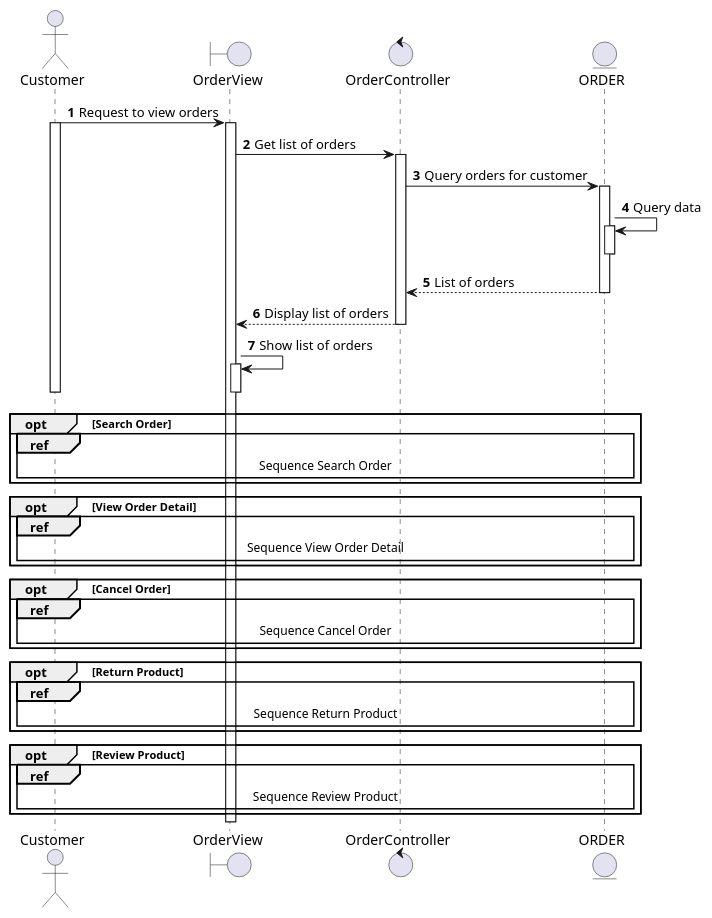
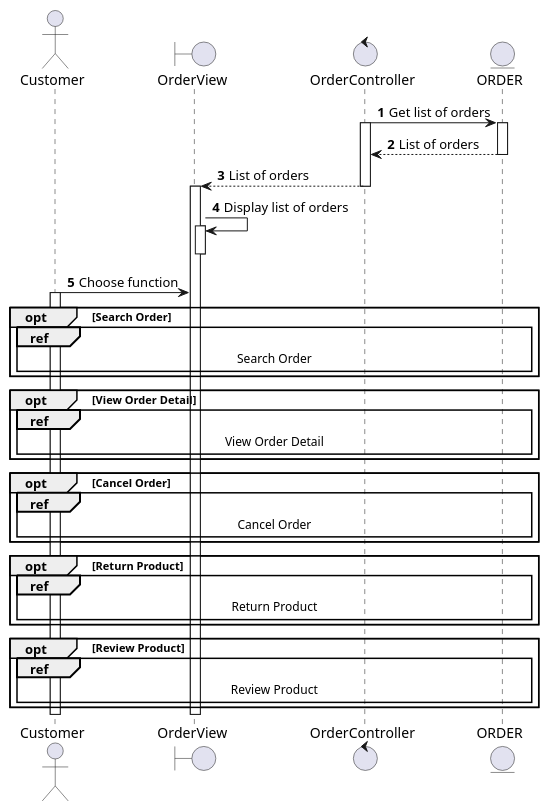
Before and after one commit to electricilies/electricilies.github.io: the diagram in docs/docs/sequence/view-order/view-order.md, drawn with PlantUML. The commit also changed 20 other files, not shown here.

````diff
--- a/docs/docs/sequence/view-order/view-order.md
+++ b/docs/docs/sequence/view-order/view-order.md
@@ -3,50 +3,48 @@
 ```plantuml
 @startuml
 autonumber
 
 actor Customer as C
 boundary OrderView as OV
 control OrderController as OC
 entity ORDER as O
 
-C -> OV: Request to view orders
-activate C
-activate OV
-OV -> OC: Get list of orders
+OC -> O: Get list of orders
 activate OC
-OC -> O: Query orders for customer
 activate O
-O -> O: Query data
-activate O
-deactivate O
 OC <-- O: List of orders
 deactivate O
-OV <-- OC: Display list of orders
+OV <-- OC: List of orders
 deactivate OC
-OV -> OV: Show list of orders
+activate OV
+OV -> OV: Display list of orders
 activate OV
 deactivate OV
-deactivate C
+
+C -> OV: Choose function
+activate C
 
 opt Search Order
-  ref over C, O: Sequence Search Order
+  ref over C, O: Search Order
 end
 
 opt View Order Detail
-  ref over C, O: Sequence View Order Detail
+  ref over C, O: View Order Detail
 end
 
 opt Cancel Order
-  ref over C, O: Sequence Cancel Order
+  ref over C, O: Cancel Order
 end
 
 opt Return Product
-  ref over C, O: Sequence Return Product
+  ref over C, O: Return Product
 end
 
 opt Review Product
-  ref over C, O: Sequence Review Product
+  ref over C, O: Review Product
 end
 
+deactivate OV
+deactivate C
 @enduml
 ```
````
